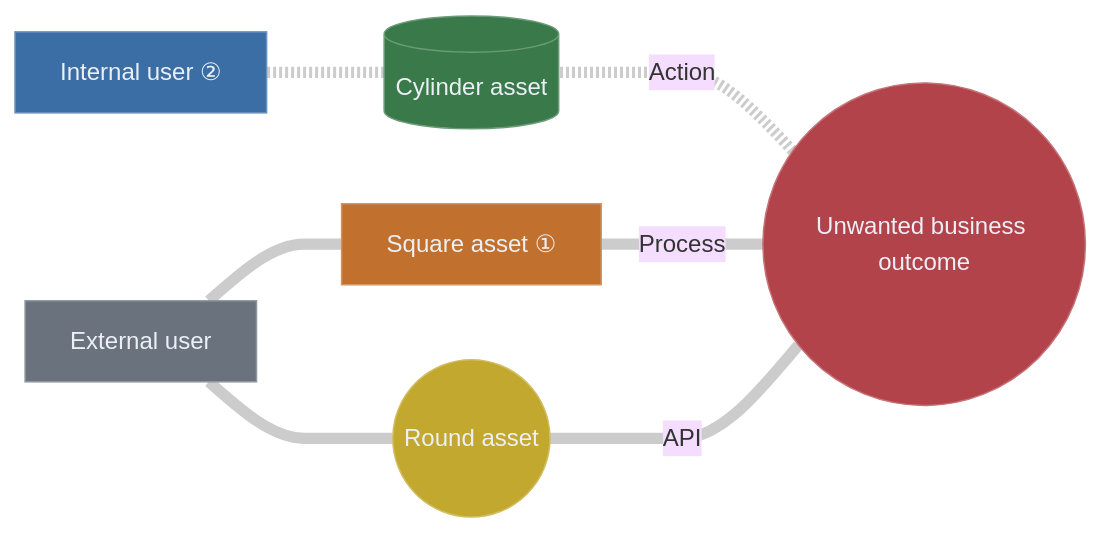
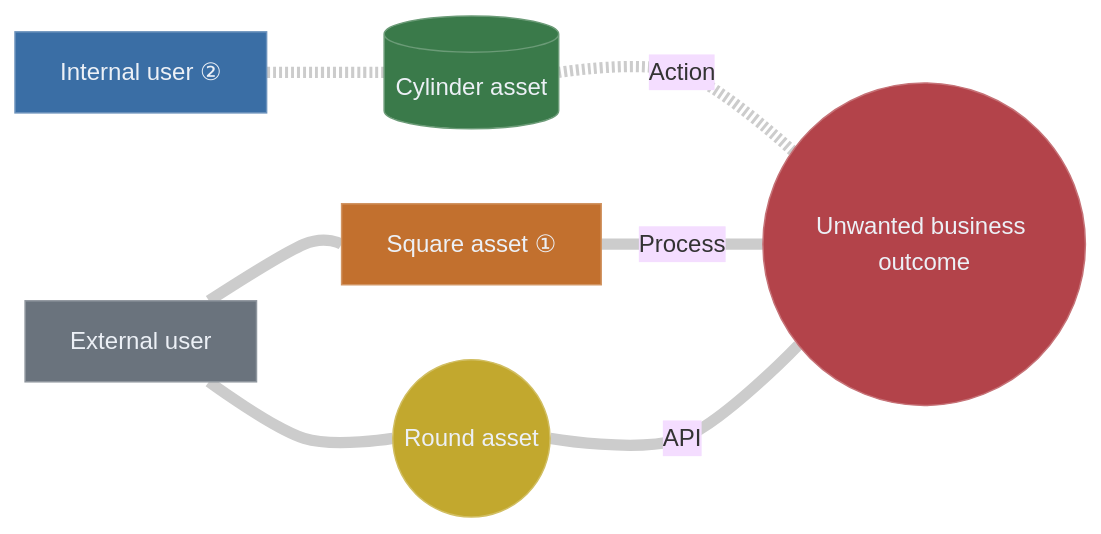
The diagram in sample-graph.md (tomituominen/APME), drawn with Mermaid (base theme) before and after one commit. The commit also changed 1 other file, not shown here.

Commit message:
Saved Mermaid: try cardinal curve (for comparison vs monotoneX)

````diff
--- a/sample-graph.md
+++ b/sample-graph.md
@@ -3,28 +3,28 @@
 ```mermaid
-%%{init: {"flowchart": {"curve": "monotoneX"}}}%%
+%%{init: {"flowchart": {"curve": "cardinal"}}}%%
 %% APM-DATA: {"v":1,"dir":"RL","master":"n2","pos":{"n2":[0,0],"n4":[-390,-227],"n5":[-390,-27],"n6":[-390,173],"n7":[-770,-235],"n8":[-770,65]},"bends":{"n2|n4":[-0.0741,0.3825],"n2|n5":[-0.0181,0.0348],"n2|n6":[-0.0486,-0.3349]},"notes":{"n5":"Important note about the asset","n7":"Important note about the user"}}
 flowchart RL
   n2(("Unwanted business outcome"))
   n4[("Cylinder asset")]
   n5["Square asset ①"]
   n6(("Round asset"))
   n7["Internal user ②"]
   n8["External user"]
   n2 -.-|"Action"| n4
   n2 ---|"Process"| n5
   n2 ---|"API"| n6
   n4 -.- n7
   n5 --- n8
   n6 --- n8
   linkStyle default stroke:#cccccc,stroke-width:7.5px;
 
   style n2 fill:#b3434a,stroke:#c67277,color:#ecf0f6
   style n4 fill:#3a7a4a,stroke:#6b9b77,color:#ecf0f6
   style n5 fill:#c2702e,stroke:#d19462,color:#ecf0f6
   style n6 fill:#c2a82e,stroke:#d1be62,color:#ecf0f6
   style n7 fill:#3a6ea5,stroke:#6b92bc,color:#ecf0f6
   style n8 fill:#6a737d,stroke:#8f969e,color:#ecf0f6
 
   click n5 "#note-n5" "Square asset"
   click n7 "#note-n7" "Internal user"
 ```
````
